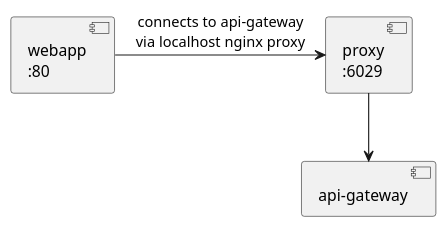
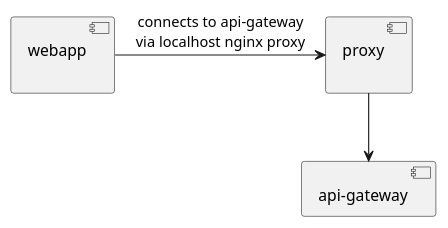
The diagram in about.puml (illegal-dump/webapp), drawn with PlantUML before and after one commit. The commit also changed 5 other files, not shown here.

```diff
--- a/about.puml
+++ b/about.puml
@@ -1,8 +1,8 @@
 @startuml
-[webapp\n:80] as browser
-[proxy\n:6029] as proxy
+[webapp\n] as browser
+[proxy\n] as proxy
 [api-gateway] as apigateway
 
 browser -right-> proxy : connects to api-gateway\nvia localhost nginx proxy
 proxy --> apigateway
 @enduml
```
